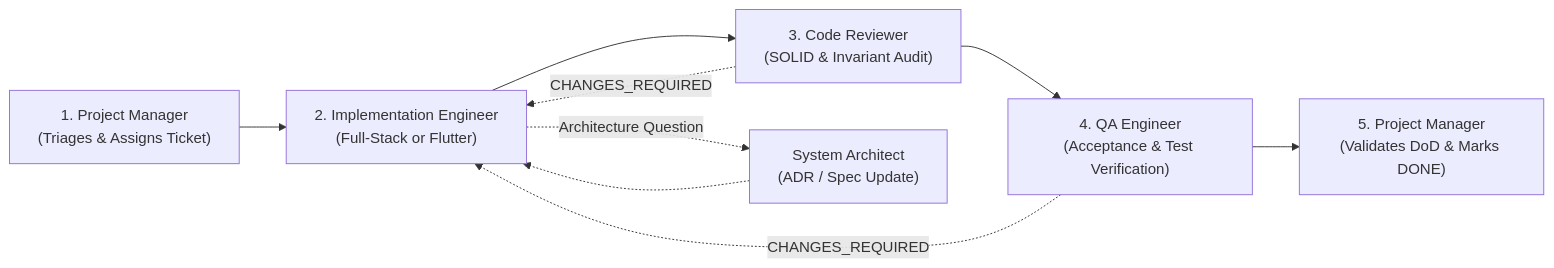
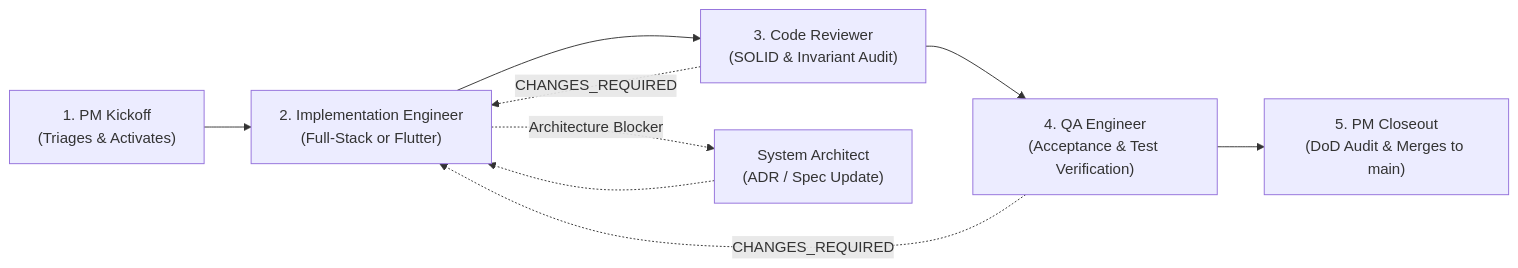
The second of 2 diagrams in docs/process/development-workflow.md (myasnikoviv/BETWAY_test), drawn with Mermaid before and after one commit. The commit also changed other lines of this file and 4 other files, not shown here.

````diff
--- a/docs/process/development-workflow.md
+++ b/docs/process/development-workflow.md
@@ -48,13 +48,13 @@
 ```mermaid
 graph LR
-    PM["1. Project Manager<br/>(Triages & Assigns Ticket)"] 
+    PM["1. PM Kickoff<br/>(Triages & Activates)"] 
     --> Eng["2. Implementation Engineer<br/>(Full-Stack or Flutter)"]
     --> Rev["3. Code Reviewer<br/>(SOLID & Invariant Audit)"]
     --> QA["4. QA Engineer<br/>(Acceptance & Test Verification)"]
-    --> Done["5. Project Manager<br/>(Validates DoD & Marks DONE)"]
+    --> Done["5. PM Closeout<br/>(DoD Audit & Merges to main)"]
 
     Rev -.->|CHANGES_REQUIRED| Eng
     QA -.->|CHANGES_REQUIRED| Eng
-    Eng -.->|Architecture Question| Arch["System Architect<br/>(ADR / Spec Update)"]
+    Eng -.->|Architecture Blocker| Arch["System Architect<br/>(ADR / Spec Update)"]
     Arch -.-> Eng
 ```
````
